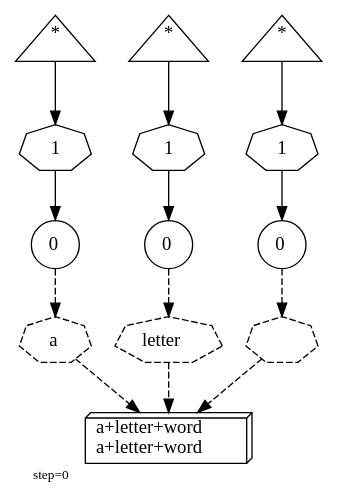
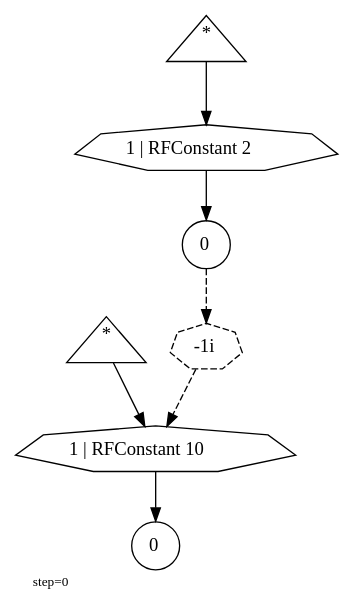
One commit to abarbu/machinations changed the diagram in ours/101-connections/0023.dot. Above: the diagram before and after it, drawn with Graphviz. The commit also changed 200 other files, not shown here.

```diff
--- a/ours/101-connections/0023.dot
+++ b/ours/101-connections/0023.dot
@@ -1,28 +1,16 @@
 digraph {
   graph  [labelloc=bottom,labeljust=left,fontsize="10",label="step=0"];
-  "6029" [shape=triangle,peripheries="1",label=<<SUP>*</SUP>>,labelfontcolor=black,color=black];
-  "6030" [shape=triangle,peripheries="1",label=<<SUP>*</SUP>>,labelfontcolor=black,color=black];
-  "6032" [shape=triangle,peripheries="1",label=<<SUP>*</SUP>>,labelfontcolor=black,color=black];
-  "6034" [shape=circle,peripheries="1",label=<0>,labelfontcolor=black,color=black];
-  "6036" [shape=circle,peripheries="1",label=<0>,labelfontcolor=black,color=black];
-  "6038" [shape=circle,peripheries="1",label=<0>,labelfontcolor=black,color=black];
-  "6042" [shape=box3d,peripheries="1",label=<a+letter+word<BR />a+letter+word>,labelfontcolor=black,color=black];
-  "6035" [label=<1>,peripheries="1",color=black,shape=septagon];
-  "6029" -> "6035" [color=black];
-  "6035" -> "6034" [color=black];
-  "6037" [label=<1>,peripheries="1",color=black,shape=septagon];
-  "6030" -> "6037" [color=black];
-  "6037" -> "6036" [color=black];
-  "6039" [label=<1>,peripheries="1",color=black,shape=septagon];
-  "6032" -> "6039" [color=black];
-  "6039" -> "6038" [color=black];
-  "6043" [label=<a>,peripheries="1",color=black,style=dashed,shape=septagon];
-  "6034" -> "6043" [style=dashed,color=black];
-  "6043" -> "6042" [style=dashed,color=black];
-  "6044" [label=<letter>,peripheries="1",color=black,style=dashed,shape=septagon];
-  "6036" -> "6044" [style=dashed,color=black];
-  "6044" -> "6042" [style=dashed,color=black];
-  "6045" [label="",peripheries="1",color=black,style=dashed,shape=septagon];
-  "6038" -> "6045" [style=dashed,color=black];
-  "6045" -> "6042" [style=dashed,color=black];
+  "173" [shape=triangle,peripheries="1",label=<<SUP>*</SUP>>,labelfontcolor=black,color=black];
+  "174" [shape=triangle,peripheries="1",label=<<SUP>*</SUP>>,labelfontcolor=black,color=black];
+  "175" [shape=circle,peripheries="1",label=<0>,labelfontcolor=black,color=black];
+  "177" [shape=circle,peripheries="1",label=<0>,labelfontcolor=black,color=black];
+  "176" [label=<1 | RFConstant 2>,peripheries="1",color=black,shape=septagon];
+  "174" -> "176" [color=black];
+  "176" -> "175" [color=black];
+  "178" [label=<1 | RFConstant 10>,peripheries="1",color=black,shape=septagon];
+  "173" -> "178" [color=black];
+  "178" -> "177" [color=black];
+  "179" [label=<-1i>,peripheries="1",color=black,style=dashed,shape=septagon];
+  "175" -> "179" [style=dashed,color=black];
+  "179" -> "178" [style=dashed,color=black];
 }
```
